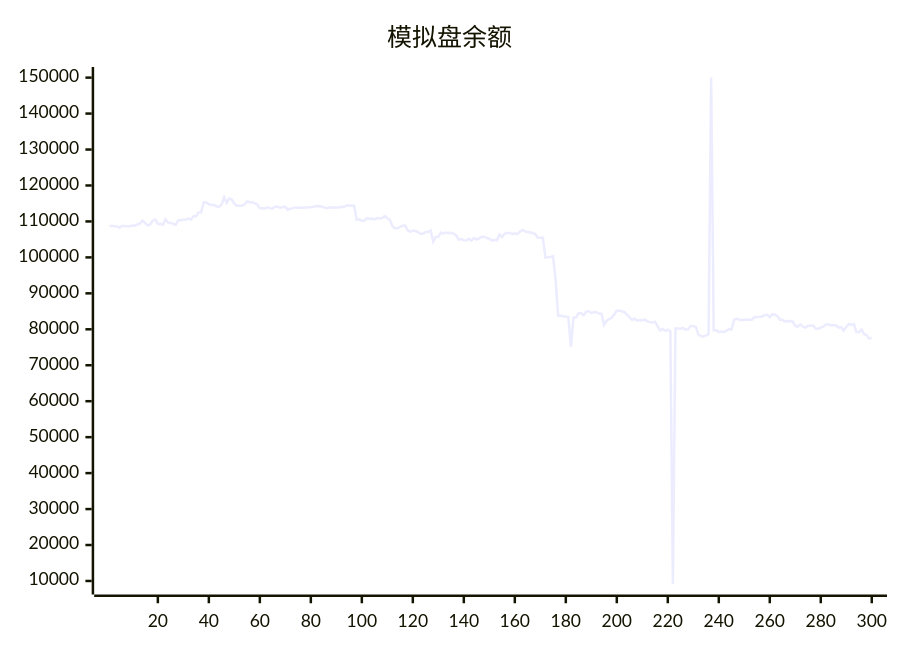
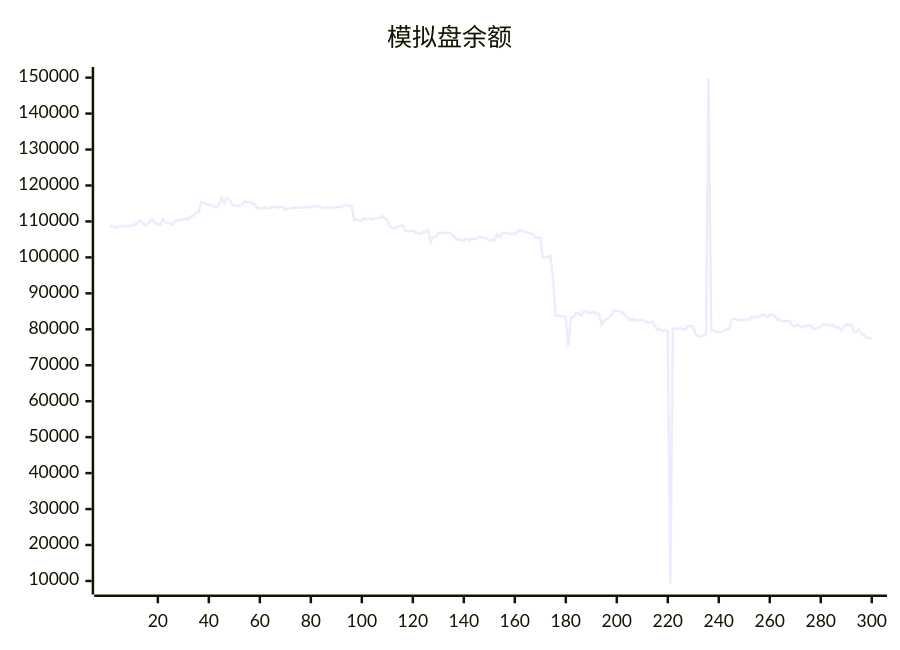
The diagram in README.md (aahl/ai-trading), drawn with Mermaid before and after one commit. The commit also changed other lines of this file and 1 other file, not shown here.

````diff
--- a/README.md
+++ b/README.md
@@ -5,5 +5,5 @@
 ```mermaid
 xychart
     title "模拟盘余额"
-    line [108718,108760,108648,108602,108262,108718,108752,108644,108644,108863,108823,109162,109419,110224,109539,108945,109172,110262,110546,109304,109343,109053,110606,109702,109584,109337,109071,110342,110342,110488,110488,110814,110531,111421,111421,112518,112522,115341,115266,114830,114584,114588,114231,113973,114726,116697,115160,116423,116083,114950,114365,114365,114388,114730,115582,115358,115358,115032,114686,113688,113688,113610,113930,113672,113585,114083,114074,113840,113996,114051,113208,113593,113701,113901,113794,113784,113810,113848,113927,113929,114064,114232,114293,114144,113960,113698,113853,113942,113812,113908,113877,114091,113998,114427,114422,114384,114384,110477,110576,110198,110198,110890,110712,110812,110569,110929,110847,110968,111478,110870,110433,108661,108116,108115,108485,108797,108877,107536,107134,107393,107393,107046,106565,106565,107081,107081,107478,104404,105715,105749,106866,106651,106889,106771,106816,106565,106141,104876,105103,104796,104734,105169,104690,105380,104941,105272,105709,105739,105374,105227,104691,104924,104762,106364,105628,106608,106748,106872,106485,106721,106468,107132,107620,107224,107080,107001,106717,106567,105431,105431,105440,99950,100017,100113,100337,93749,83795,83807,83567,83567,83342,75168,83222,83336,84448,84449,83896,84839,85065,84499,84757,84757,84364,84347,81254,82385,82835,83184,84099,85150,85150,85002,84751,84096,83356,82582,82983,82404,82572,82512,82688,82200,82047,81920,82125,80840,79688,80060,79552,79920,79470,9193,80236,80208,80170,80336,79894,80006,80954,80837,80712,78561,78139,78037,78293,78682,150000,79720,79720,79214,79372,79279,79591,80046,79993,82625,82950,82626,82571,82633,82670,82670,82681,83386,83378,83464,83579,83920,84037,83402,84160,84142,83652,82655,82655,82145,82315,82243,82163,80934,80770,81371,80742,80468,80989,80989,81067,80191,80155,80450,80737,81309,81309,81106,81119,81119,80471,80631,79624,80670,81448,81290,81429,79212,79222,79940,78643,78380,77432,77623]
+    line [108760,108648,108602,108262,108718,108752,108644,108644,108863,108823,109162,109419,110224,109539,108945,109172,110262,110546,109304,109343,109053,110606,109702,109584,109337,109071,110342,110342,110488,110488,110814,110531,111421,111421,112518,112522,115341,115266,114830,114584,114588,114231,113973,114726,116697,115160,116423,116083,114950,114365,114365,114388,114730,115582,115358,115358,115032,114686,113688,113688,113610,113930,113672,113585,114083,114074,113840,113996,114051,113208,113593,113701,113901,113794,113784,113810,113848,113927,113929,114064,114232,114293,114144,113960,113698,113853,113942,113812,113908,113877,114091,113998,114427,114422,114384,114384,110477,110576,110198,110198,110890,110712,110812,110569,110929,110847,110968,111478,110870,110433,108661,108116,108115,108485,108797,108877,107536,107134,107393,107393,107046,106565,106565,107081,107081,107478,104404,105715,105749,106866,106651,106889,106771,106816,106565,106141,104876,105103,104796,104734,105169,104690,105380,104941,105272,105709,105739,105374,105227,104691,104924,104762,106364,105628,106608,106748,106872,106485,106721,106468,107132,107620,107224,107080,107001,106717,106567,105431,105431,105440,99950,100017,100113,100337,93749,83795,83807,83567,83567,83342,75168,83222,83336,84448,84449,83896,84839,85065,84499,84757,84757,84364,84347,81254,82385,82835,83184,84099,85150,85150,85002,84751,84096,83356,82582,82983,82404,82572,82512,82688,82200,82047,81920,82125,80840,79688,80060,79552,79920,79470,9193,80236,80208,80170,80336,79894,80006,80954,80837,80712,78561,78139,78037,78293,78682,150000,79720,79720,79214,79372,79279,79591,80046,79993,82625,82950,82626,82571,82633,82670,82670,82681,83386,83378,83464,83579,83920,84037,83402,84160,84142,83652,82655,82655,82145,82315,82243,82163,80934,80770,81371,80742,80468,80989,80989,81067,80191,80155,80450,80737,81309,81309,81106,81119,81119,80471,80631,79624,80670,81448,81290,81429,79212,79222,79940,78643,78380,77432,77623,77504]
 ```
````
